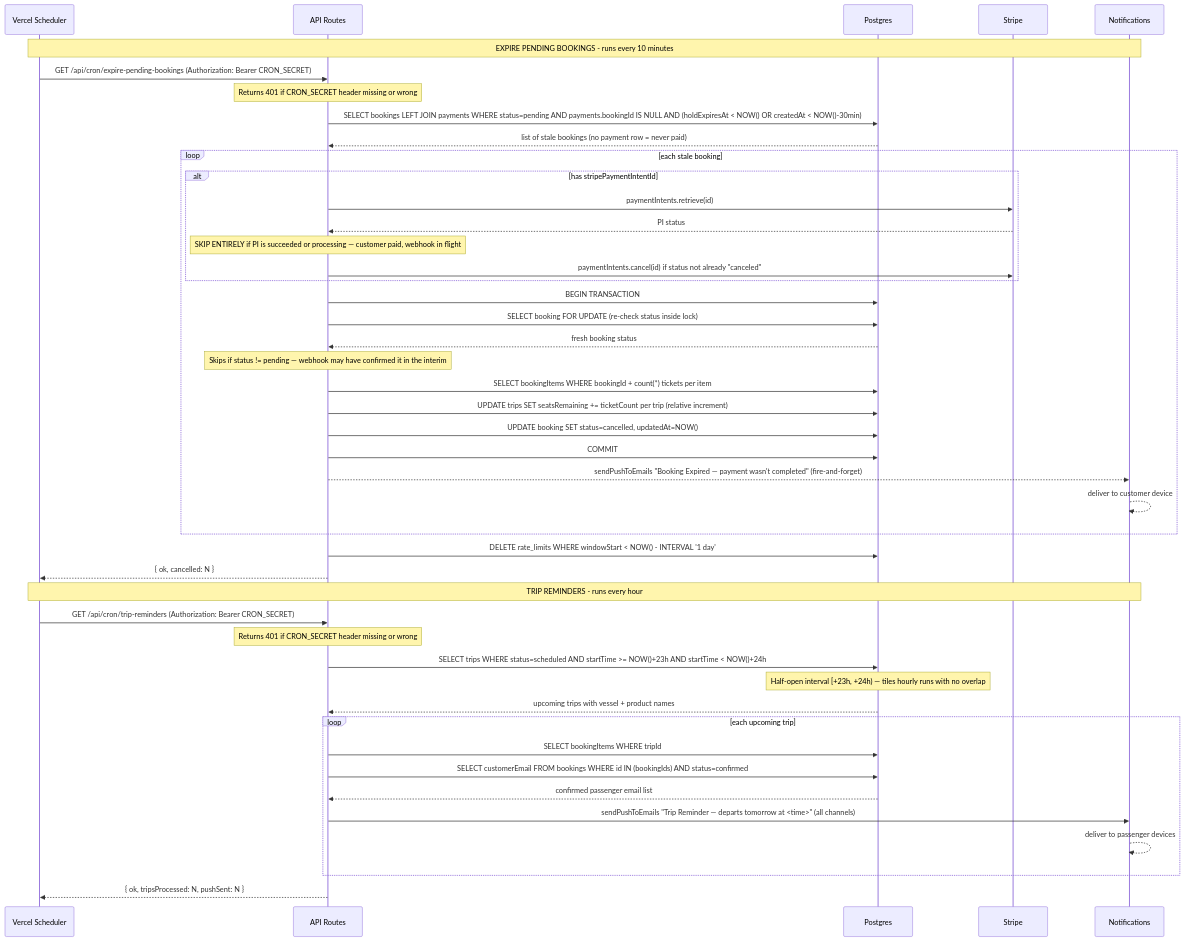
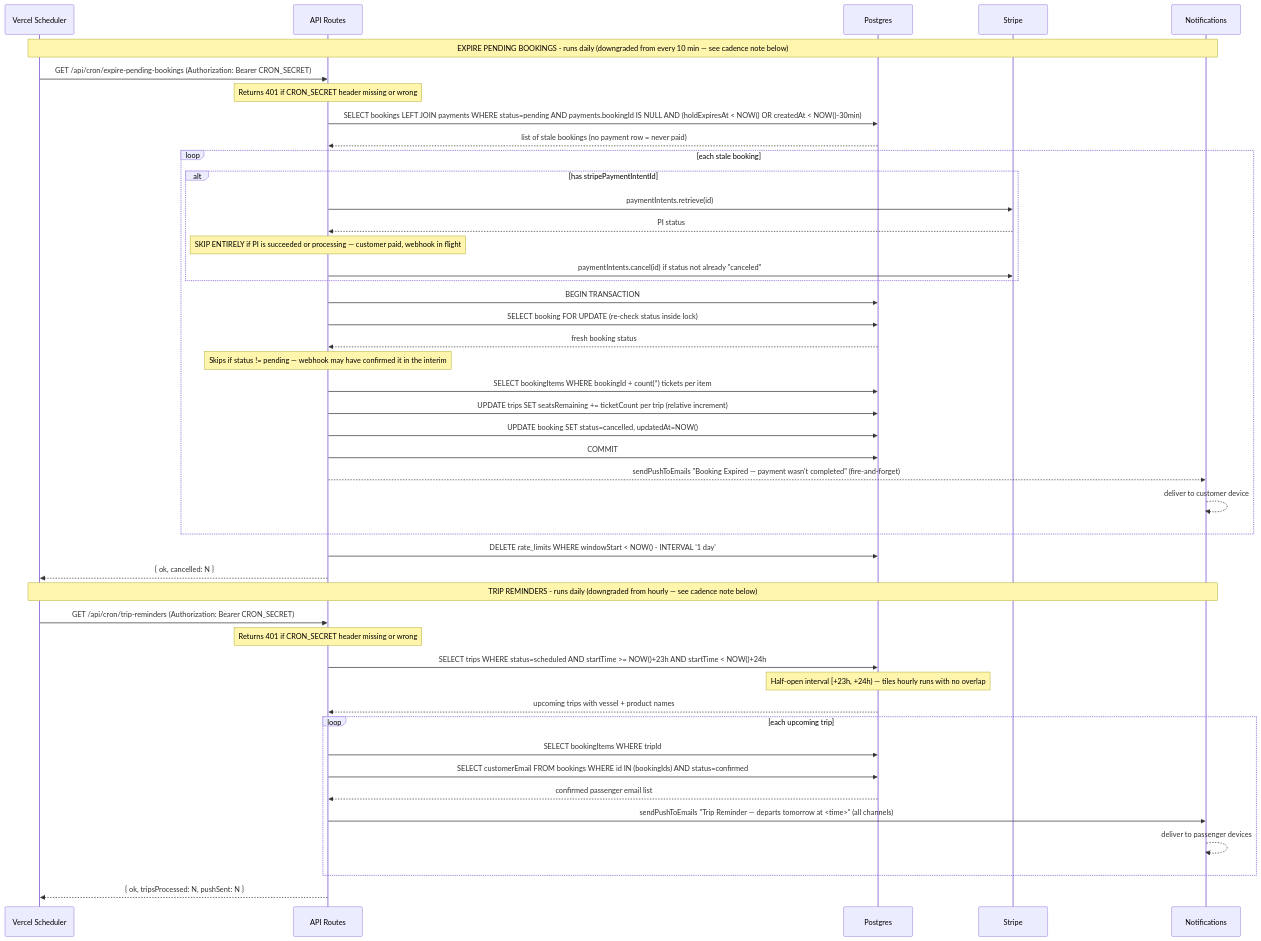
Before and after one commit to allonyaron/open-boat-fishing: the diagram in docs/cron-flows-sequence.md, drawn with Mermaid. The commit also changed other lines of this file and 11 other files, not shown here.

First line of the commit message:
Refresh mermaid/architecture docs to match centralized-mode code

````diff
--- a/docs/cron-flows-sequence.md
+++ b/docs/cron-flows-sequence.md
@@ -3,53 +3,53 @@
 ```mermaid
 sequenceDiagram
     participant V as Vercel Scheduler
     participant API as API Routes
     participant DB as Postgres
     participant S as Stripe
     participant N as Notifications
 
-    Note over V,N: EXPIRE PENDING BOOKINGS - runs every 10 minutes
+    Note over V,N: EXPIRE PENDING BOOKINGS - runs daily (downgraded from every 10 min — see cadence note below)
     V->>API: GET /api/cron/expire-pending-bookings (Authorization: Bearer CRON_SECRET)
     Note over API: Returns 401 if CRON_SECRET header missing or wrong
     API->>DB: SELECT bookings LEFT JOIN payments WHERE status=pending AND payments.bookingId IS NULL AND (holdExpiresAt < NOW() OR createdAt < NOW()-30min)
     DB-->>API: list of stale bookings (no payment row = never paid)
 
     loop each stale booking
         alt has stripePaymentIntentId
             API->>S: paymentIntents.retrieve(id)
             S-->>API: PI status
             Note over API: SKIP ENTIRELY if PI is succeeded or processing — customer paid, webhook in flight
             API->>S: paymentIntents.cancel(id) if status not already "canceled"
         end
         API->>DB: BEGIN TRANSACTION
         API->>DB: SELECT booking FOR UPDATE (re-check status inside lock)
         DB-->>API: fresh booking status
         Note over API: Skips if status != pending — webhook may have confirmed it in the interim
         API->>DB: SELECT bookingItems WHERE bookingId + count(*) tickets per item
         API->>DB: UPDATE trips SET seatsRemaining += ticketCount per trip (relative increment)
         API->>DB: UPDATE booking SET status=cancelled, updatedAt=NOW()
         API->>DB: COMMIT
         API-->>N: sendPushToEmails "Booking Expired — payment wasn't completed" (fire-and-forget)
         N-->>N: deliver to customer device
     end
 
     API->>DB: DELETE rate_limits WHERE windowStart < NOW() - INTERVAL '1 day'
     API-->>V: { ok, cancelled: N }
 
-    Note over V,N: TRIP REMINDERS - runs every hour
+    Note over V,N: TRIP REMINDERS - runs daily (downgraded from hourly — see cadence note below)
     V->>API: GET /api/cron/trip-reminders (Authorization: Bearer CRON_SECRET)
     Note over API: Returns 401 if CRON_SECRET header missing or wrong
     API->>DB: SELECT trips WHERE status=scheduled AND startTime >= NOW()+23h AND startTime < NOW()+24h
     Note over DB: Half-open interval [+23h, +24h) — tiles hourly runs with no overlap
     DB-->>API: upcoming trips with vessel + product names
 
     loop each upcoming trip
         API->>DB: SELECT bookingItems WHERE tripId
         API->>DB: SELECT customerEmail FROM bookings WHERE id IN (bookingIds) AND status=confirmed
         DB-->>API: confirmed passenger email list
         API->>N: sendPushToEmails "Trip Reminder — departs tomorrow at <time>" (all channels)
         N-->>N: deliver to passenger devices
     end
 
     API-->>V: { ok, tripsProcessed: N, pushSent: N }
 ```
````
